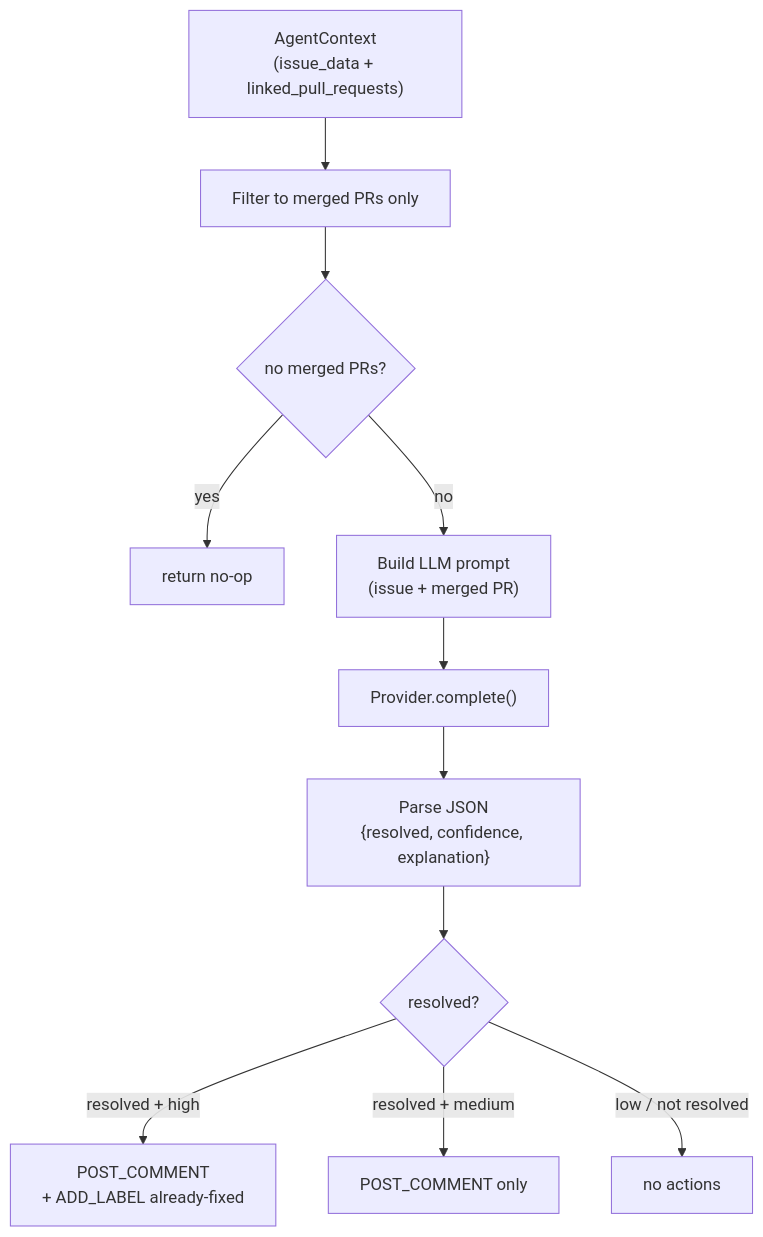
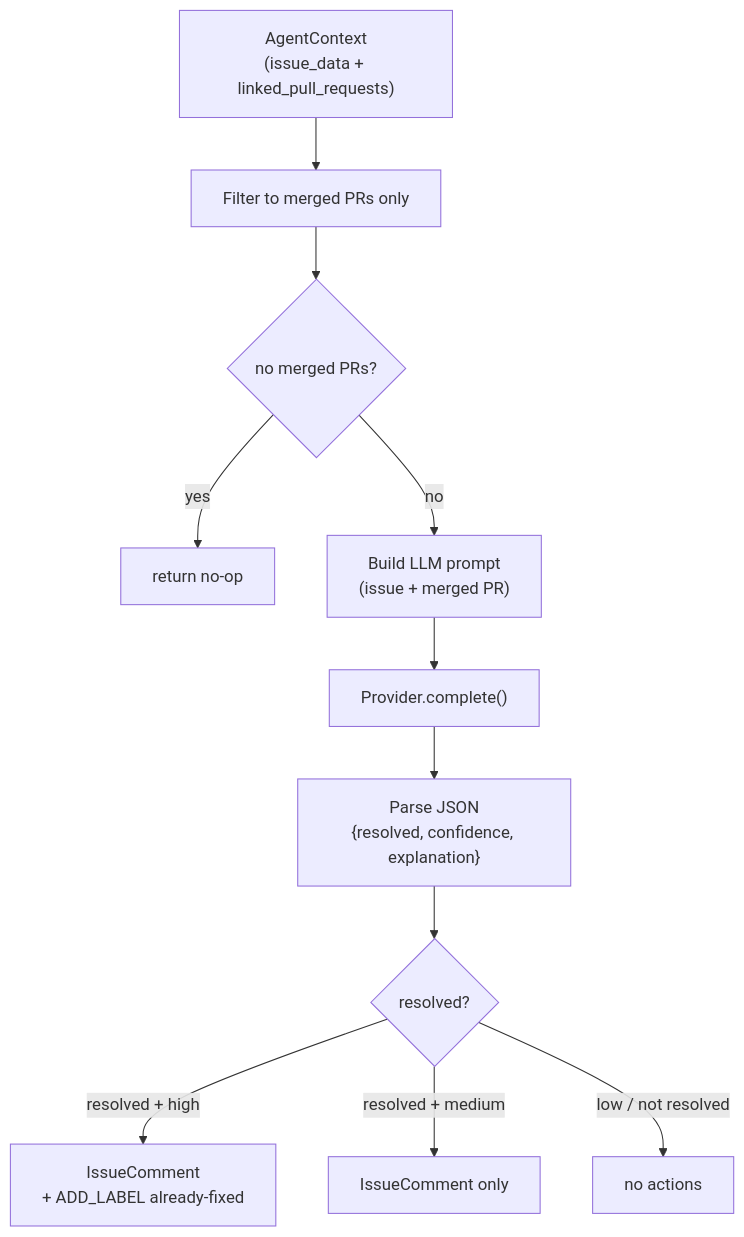
One commit to OpenAgentHQ/repo-heart changed the fourth of 5 diagrams in docs/diagrams/agents.md. Above: the diagram before and after it, drawn with Mermaid. The commit also changed other lines of this file and 27 other files, not shown here.

````diff
--- a/docs/diagrams/agents.md
+++ b/docs/diagrams/agents.md
@@ -117,13 +164,13 @@
 ```mermaid
 flowchart TD
     A["AgentContext<br/>(issue_data + linked_pull_requests)"] --> B["Filter to merged PRs only"]
     B --> C{no merged PRs?}
     C -- yes --> D["return no-op"]
     C -- no --> E["Build LLM prompt<br/>(issue + merged PR)"]
     E --> F["Provider.complete()"]
     F --> G["Parse JSON<br/>{resolved, confidence, explanation}"]
     G --> H{resolved?}
-    H -- "resolved + high" --> I["POST_COMMENT<br/>+ ADD_LABEL already-fixed"]
-    H -- "resolved + medium" --> J["POST_COMMENT only"]
+    H -- "resolved + high" --> I["IssueComment<br/>+ ADD_LABEL already-fixed"]
+    H -- "resolved + medium" --> J["IssueComment only"]
     H -- "low / not resolved" --> K["no actions"]
 ```
````
